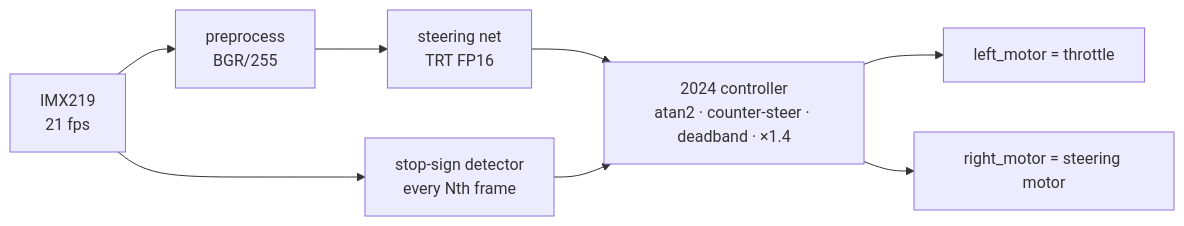
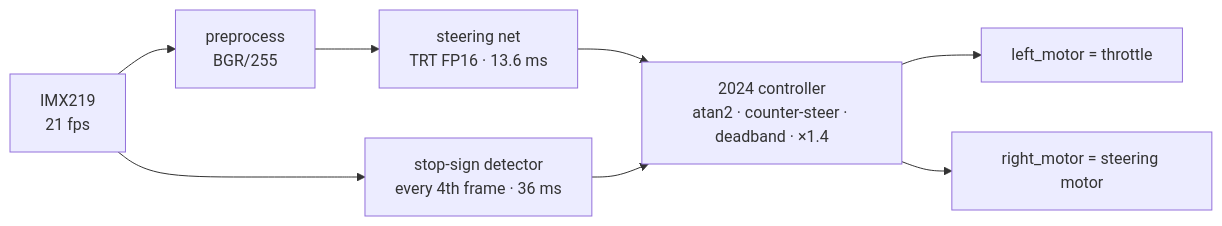
One commit to aviadarn/jetbot-driving-policy changed the second of 2 diagrams in README.md. Above: the diagram before and after it, drawn with Mermaid. The commit also changed other lines of this file and 45 other files, not shown here.

````diff
--- a/README.md
+++ b/README.md
@@ -34,7 +48,7 @@
 ```mermaid
 flowchart LR
-  C["IMX219<br/>21 fps"] --> P["preprocess<br/>BGR/255"] --> N["steering net<br/>TRT FP16"] --> K["2024 controller<br/>atan2 · counter-steer · deadband · ×1.4"]
-  C --> D["stop-sign detector<br/>every Nth frame"] --> K
+  C["IMX219<br/>21 fps"] --> P["preprocess<br/>BGR/255"] --> N["steering net<br/>TRT FP16 · 13.6 ms"] --> K["2024 controller<br/>atan2 · counter-steer · deadband · ×1.4"]
+  C --> D["stop-sign detector<br/>every 4th frame · 36 ms"] --> K
   K --> M1["left_motor = throttle"]
   K --> M2["right_motor = steering motor"]
 ```
````
